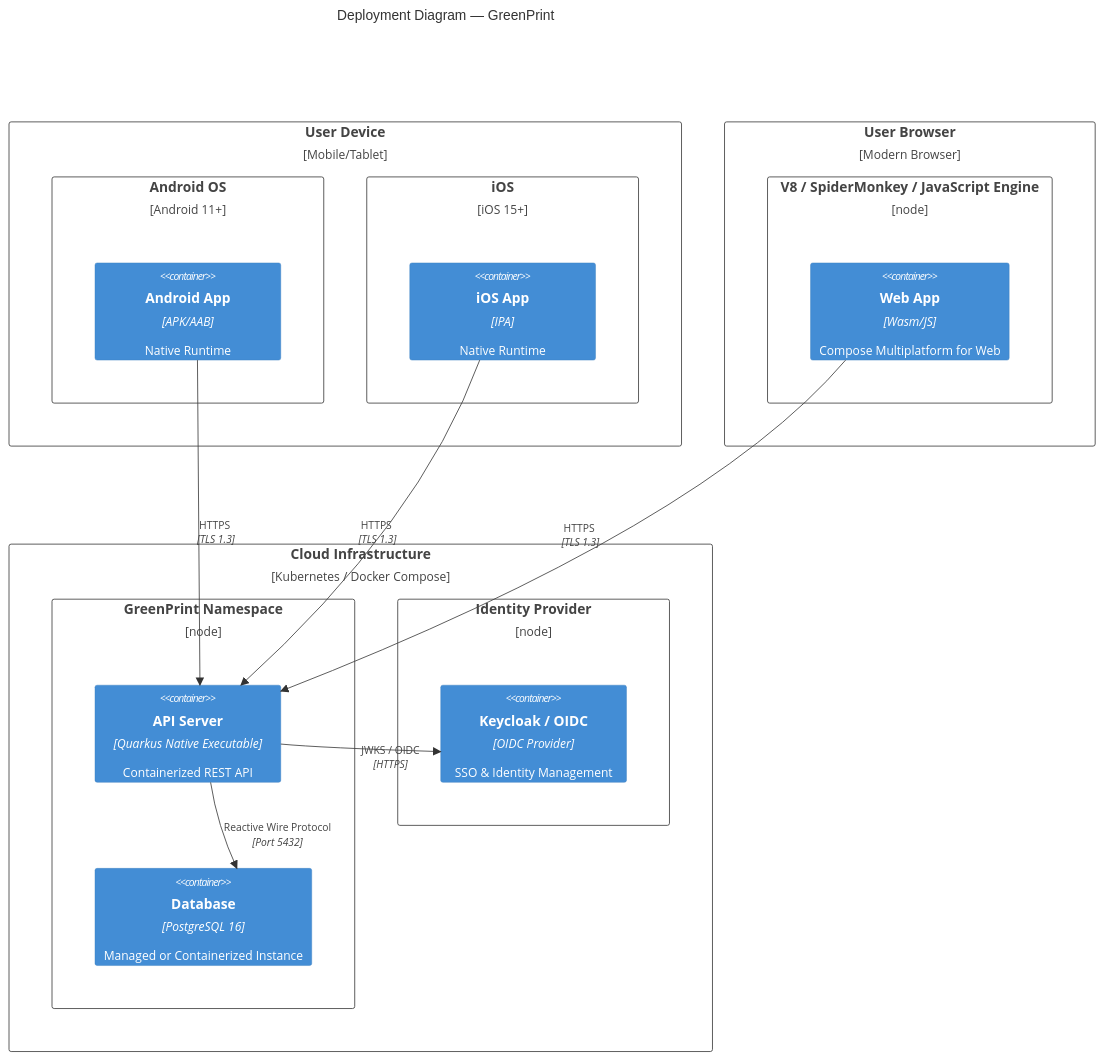
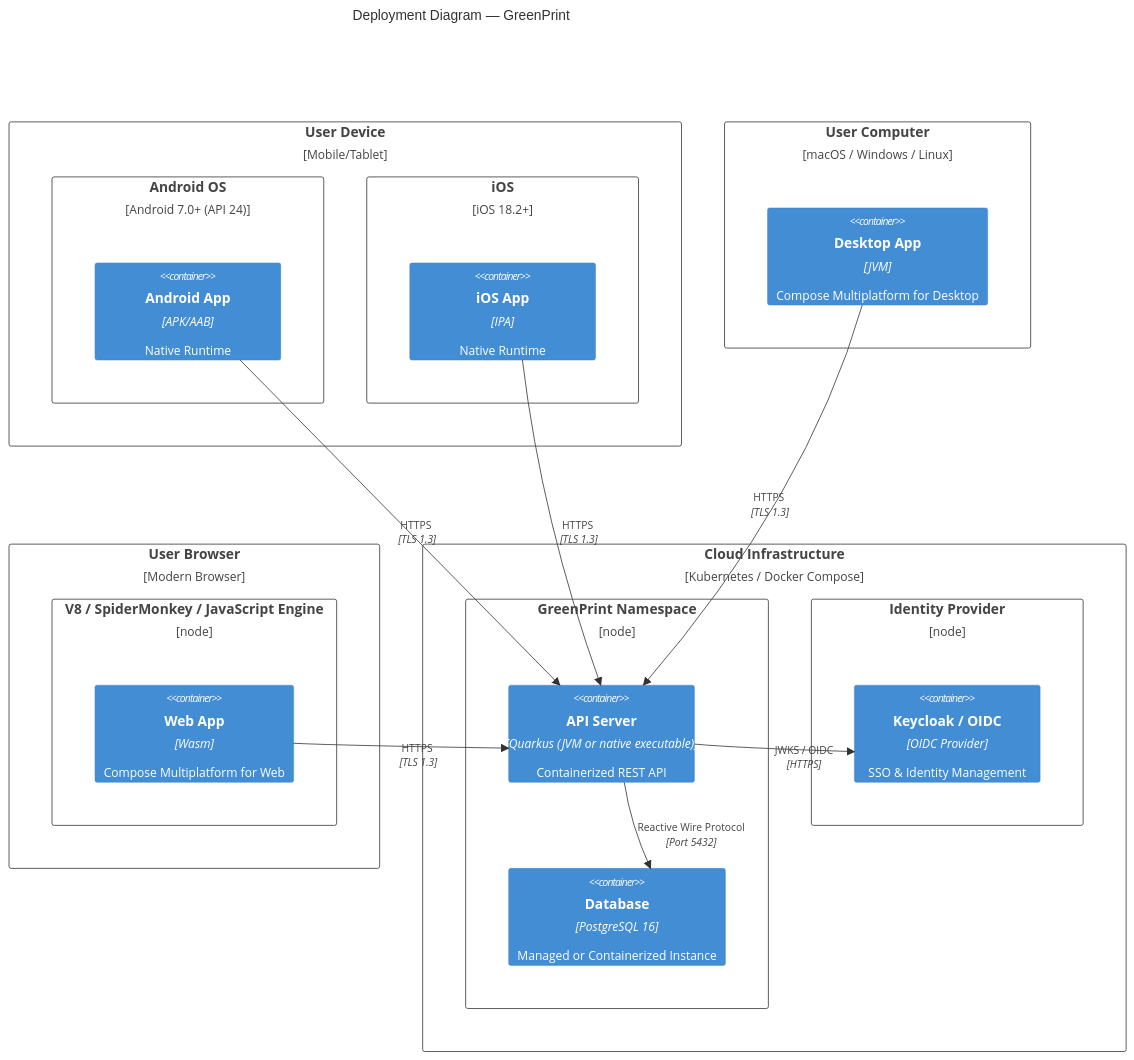
One commit to marcowuethrich/green-print changed the fifth of 5 diagrams in docs/architecture/overview.md. Above: the diagram before and after it, drawn with Mermaid. The commit also changed other lines of this file and 204 other files, not shown here.

````diff
--- a/docs/architecture/overview.md
+++ b/docs/architecture/overview.md
@@ -135,36 +169,41 @@
 ```mermaid
 C4Deployment
   title Deployment Diagram — GreenPrint
 
   Deployment_Node(mob, "User Device", "Mobile/Tablet") {
-    Deployment_Node(android, "Android OS", "Android 11+") {
+    Deployment_Node(android, "Android OS", "Android 7.0+ (API 24)") {
       Container(android_bin, "Android App", "APK/AAB", "Native Runtime")
     }
-    Deployment_Node(ios, "iOS", "iOS 15+") {
+    Deployment_Node(ios, "iOS", "iOS 18.2+") {
       Container(ios_bin, "iOS App", "IPA", "Native Runtime")
     }
   }
 
+  Deployment_Node(computer, "User Computer", "macOS / Windows / Linux") {
+    Container(desktop_bin, "Desktop App", "JVM", "Compose Multiplatform for Desktop")
+  }
+
   Deployment_Node(web, "User Browser", "Modern Browser") {
     Deployment_Node(browser, "V8 / SpiderMonkey / JavaScript Engine") {
-      Container(wasm_app, "Web App", "Wasm/JS", "Compose Multiplatform for Web")
+      Container(wasm_app, "Web App", "Wasm", "Compose Multiplatform for Web")
     }
   }
 
   Deployment_Node(cloud, "Cloud Infrastructure", "Kubernetes / Docker Compose") {
     Deployment_Node(k8s_ns, "GreenPrint Namespace") {
-      Container(backend, "API Server", "Quarkus Native Executable", "Containerized REST API")
+      Container(backend, "API Server", "Quarkus (JVM or native executable)", "Containerized REST API")
       Container(postgres, "Database", "PostgreSQL 16", "Managed or Containerized Instance")
     }
-    
+
     Deployment_Node(idp_node, "Identity Provider") {
       Container(keycloak, "Keycloak / OIDC", "OIDC Provider", "SSO & Identity Management")
     }
   }
 
   Rel(android_bin, backend, "HTTPS", "TLS 1.3")
   Rel(ios_bin, backend, "HTTPS", "TLS 1.3")
+  Rel(desktop_bin, backend, "HTTPS", "TLS 1.3")
   Rel(wasm_app, backend, "HTTPS", "TLS 1.3")
   Rel(backend, postgres, "Reactive Wire Protocol", "Port 5432")
   Rel(backend, keycloak, "JWKS / OIDC", "HTTPS")
 ```
````
